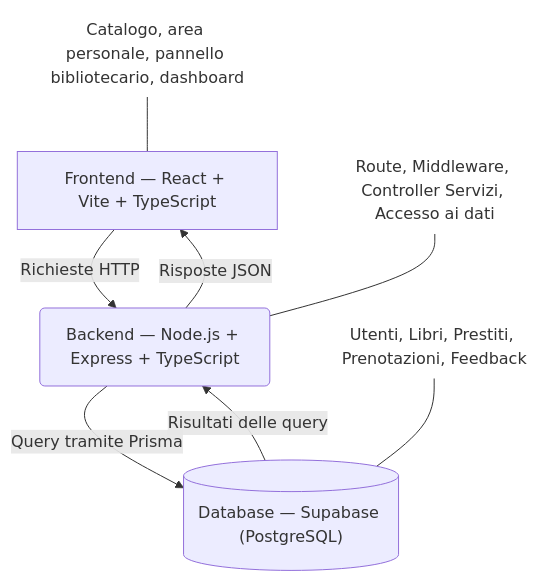
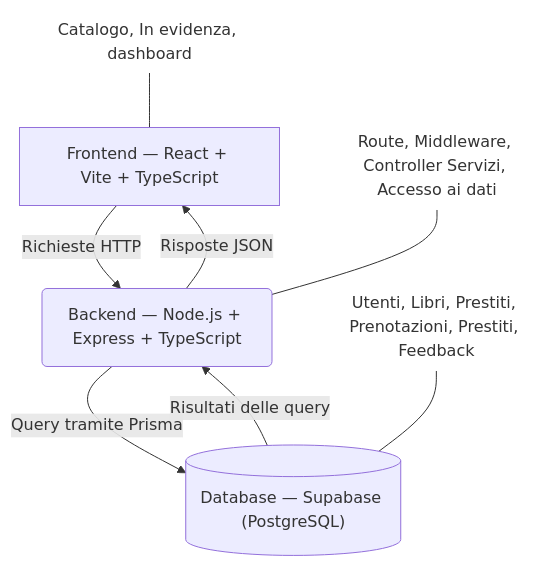
Before and after one commit to Fedois/project-work: the diagram in documents/diagrams/stack.md, drawn with Mermaid. The commit also changed 28 other files, not shown here.

````diff
--- a/documents/diagrams/stack.md
+++ b/documents/diagrams/stack.md
@@ -3,17 +3,17 @@
 ```mermaid
 flowchart TB
     A["Frontend — React + Vite + TypeScript"] -- Richieste HTTP --> B("Backend — Node.js + Express + TypeScript<br>")
     B -- Risposte JSON --> A
     B -- Query tramite Prisma --> C[("Database — Supabase (PostgreSQL)")]
     C -- Risultati delle query --> B
-    n1["Catalogo, area personale, pannello bibliotecario, dashboard"]
+    n1["Catalogo, In evidenza, dashboard"]
     n2["Route, Middleware, Controller Servizi, Accesso ai dati"]
-    n3["Utenti, Libri, Prestiti, Prenotazioni, Feedback"]
+    n3["Utenti, Libri, Prestiti, Prenotazioni, Prestiti, Feedback"]
 
     n1@{ shape: text}
     n2@{ shape: text}
     n3@{ shape: text}
     n1 --- A
     n2 --- B
     n3 --- C
 ```
````
